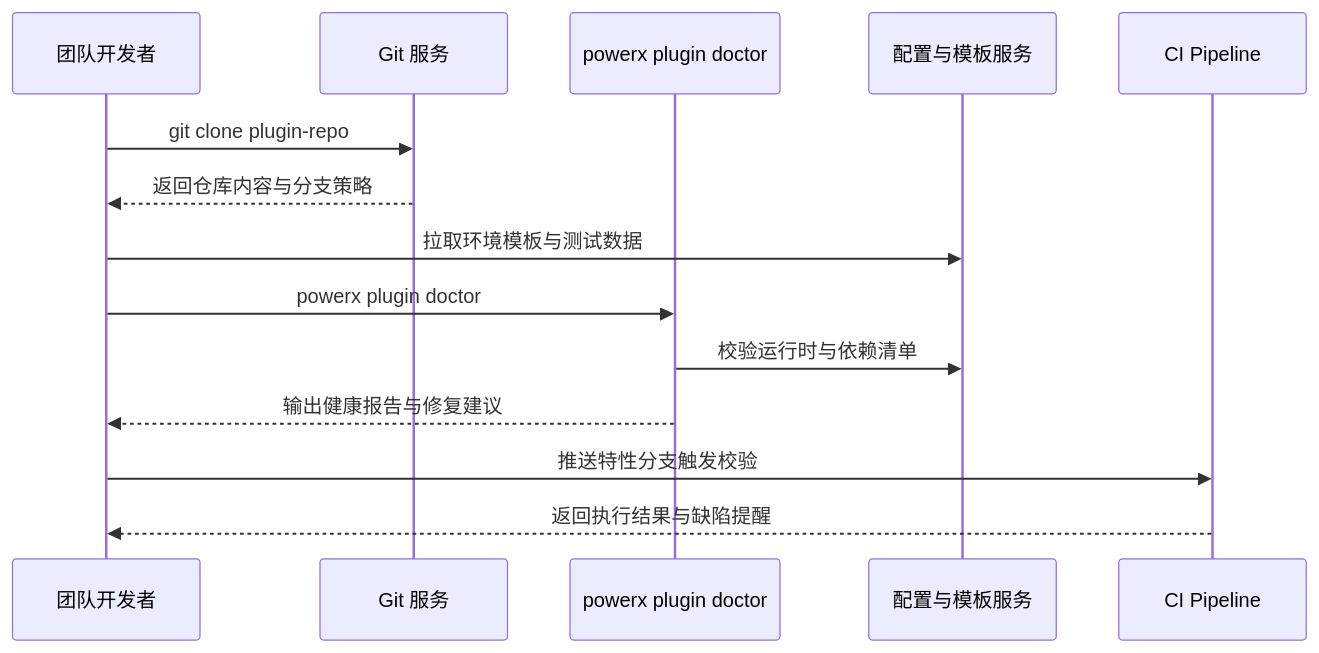
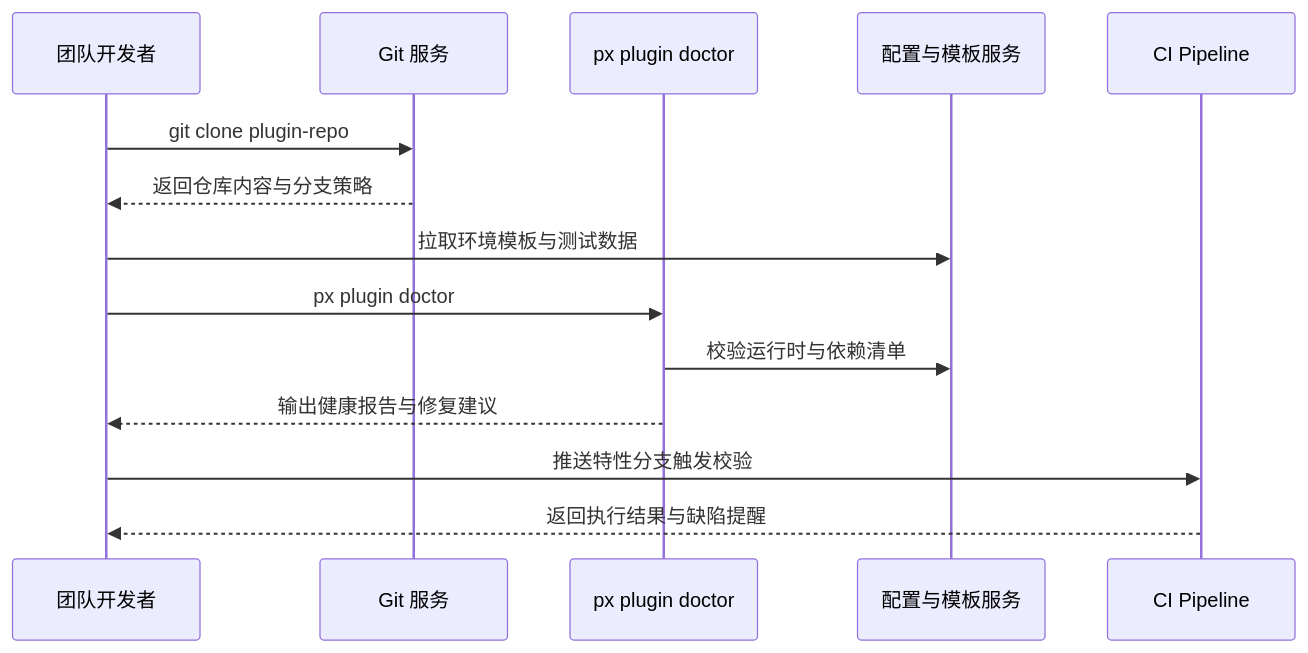
Before and after one commit to ArtisanCloud/PowerX: the diagram in docs/use_cases/_from_hub/SCN-DEV-PLUGIN-INIT-001/SCN-DEV-PLUGIN-TEAM-CLONE-001.md, drawn with Mermaid. The commit also changed other lines of this file and 64 other files, not shown here.

````diff
--- a/docs/use_cases/_from_hub/SCN-DEV-PLUGIN-INIT-001/SCN-DEV-PLUGIN-TEAM-CLONE-001.md
+++ b/docs/use_cases/_from_hub/SCN-DEV-PLUGIN-INIT-001/SCN-DEV-PLUGIN-TEAM-CLONE-001.md
@@ -53,17 +53,17 @@
 ```mermaid
 sequenceDiagram
   participant Member as 团队开发者
   participant Git as Git 服务
-  participant CLI as powerx plugin doctor
+  participant CLI as px plugin doctor
   participant Config as 配置与模板服务
   participant CI as CI Pipeline
 
   Member->>Git: git clone plugin-repo
   Git-->>Member: 返回仓库内容与分支策略
   Member->>Config: 拉取环境模板与测试数据
-  Member->>CLI: powerx plugin doctor
+  Member->>CLI: px plugin doctor
   CLI->>Config: 校验运行时与依赖清单
   CLI-->>Member: 输出健康报告与修复建议
   Member->>CI: 推送特性分支触发校验
   CI-->>Member: 返回执行结果与缺陷提醒
 ```
````
